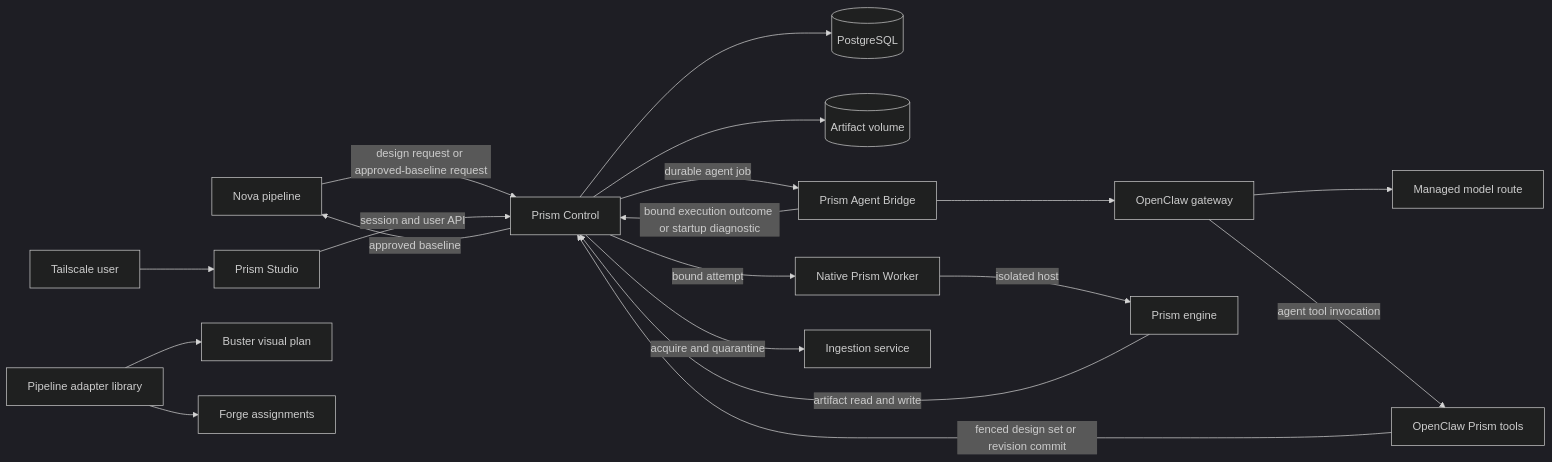
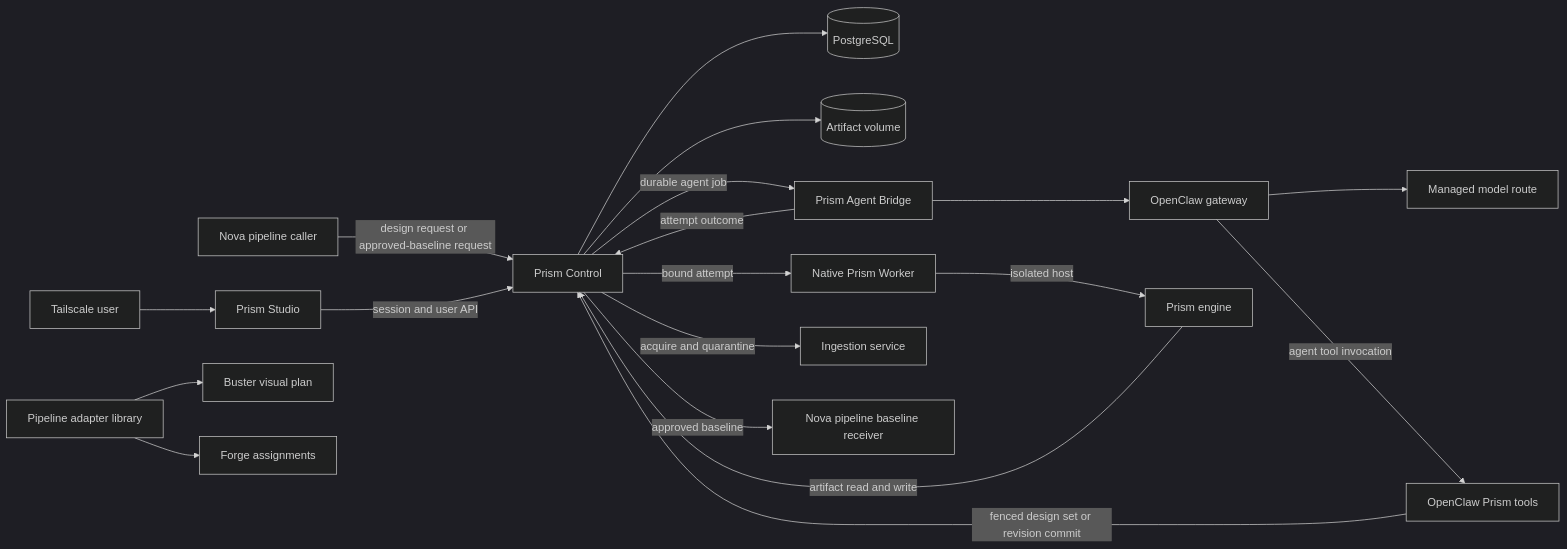
One commit to datrab/kubeclaw changed the first of 2 diagrams in docs/site/understand/prism-runtime.md. Above: the diagram before and after it, drawn with Mermaid (dark theme). The commit also changed other lines of this file and 3 other files, not shown here.

Commit message:
docs: separate Prism request and baseline display roles for readable handoff labels

````diff
--- a/docs/site/understand/prism-runtime.md
+++ b/docs/site/understand/prism-runtime.md
@@ -39,21 +39,21 @@
 ```mermaid
 flowchart LR
-    Nova[Nova pipeline] -->|design request or approved-baseline request| Control[Prism Control]
+    NovaIn[Nova pipeline caller] -->|design request or approved-baseline request| Control[Prism Control]
     User[Tailscale user] --> Studio[Prism Studio]
     Studio -->|session and user API| Control
     Control --> DB[(PostgreSQL)]
     Control --> Files[(Artifact volume)]
     Control -->|durable agent job| Agent[Prism Agent Bridge]
     Agent --> Gateway[OpenClaw gateway]
     Gateway --> Model[Managed model route]
-    Agent -->|bound execution outcome or startup diagnostic| Control
+    Agent -->|attempt outcome| Control
     Gateway -->|agent tool invocation| Tools[OpenClaw Prism tools]
     Tools -->|fenced design set or revision commit| Control
     Control -->|bound attempt| Worker[Native Prism Worker]
     Worker -->|isolated host| Engine[Prism engine]
     Engine -->|artifact read and write| Control
     Control -->|acquire and quarantine| Ingestion[Ingestion service]
     Adapter[Pipeline adapter library] --> Buster[Buster visual plan]
     Adapter --> Forge[Forge assignments]
-    Control -->|approved baseline| Nova
+    Control -->|approved baseline| NovaOut[Nova pipeline baseline receiver]
 ```
````
